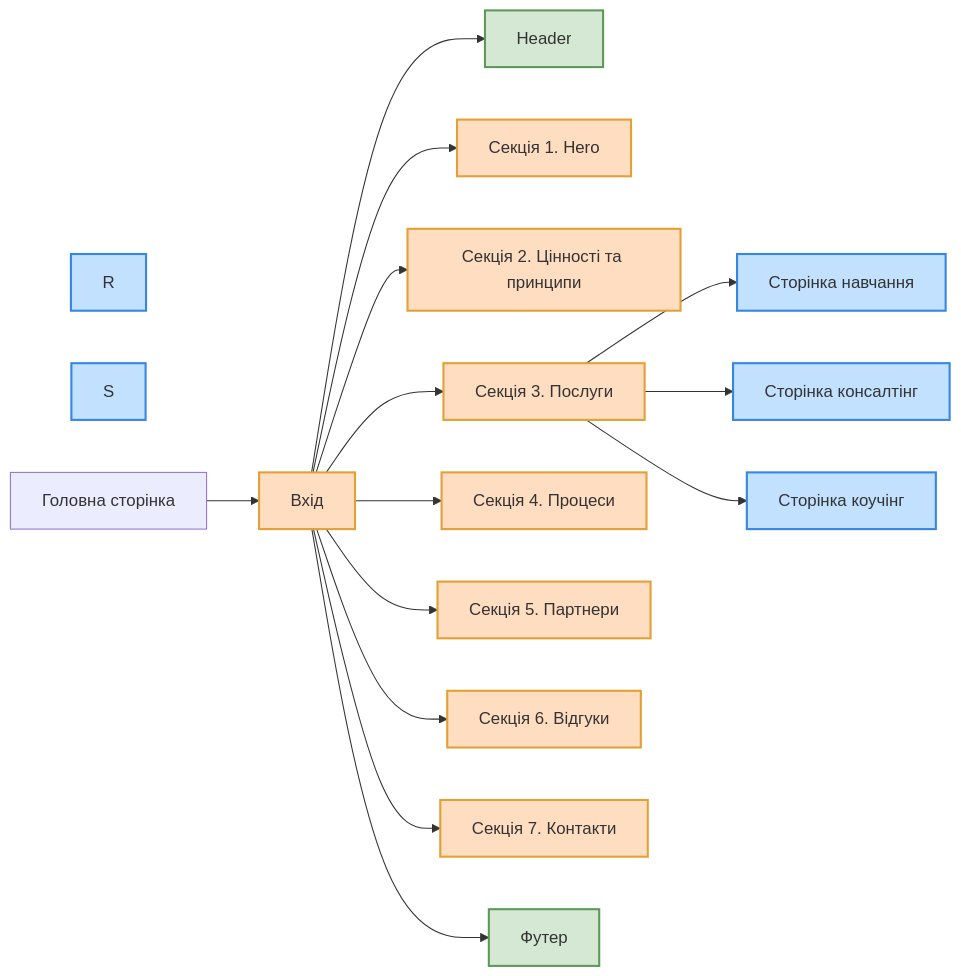
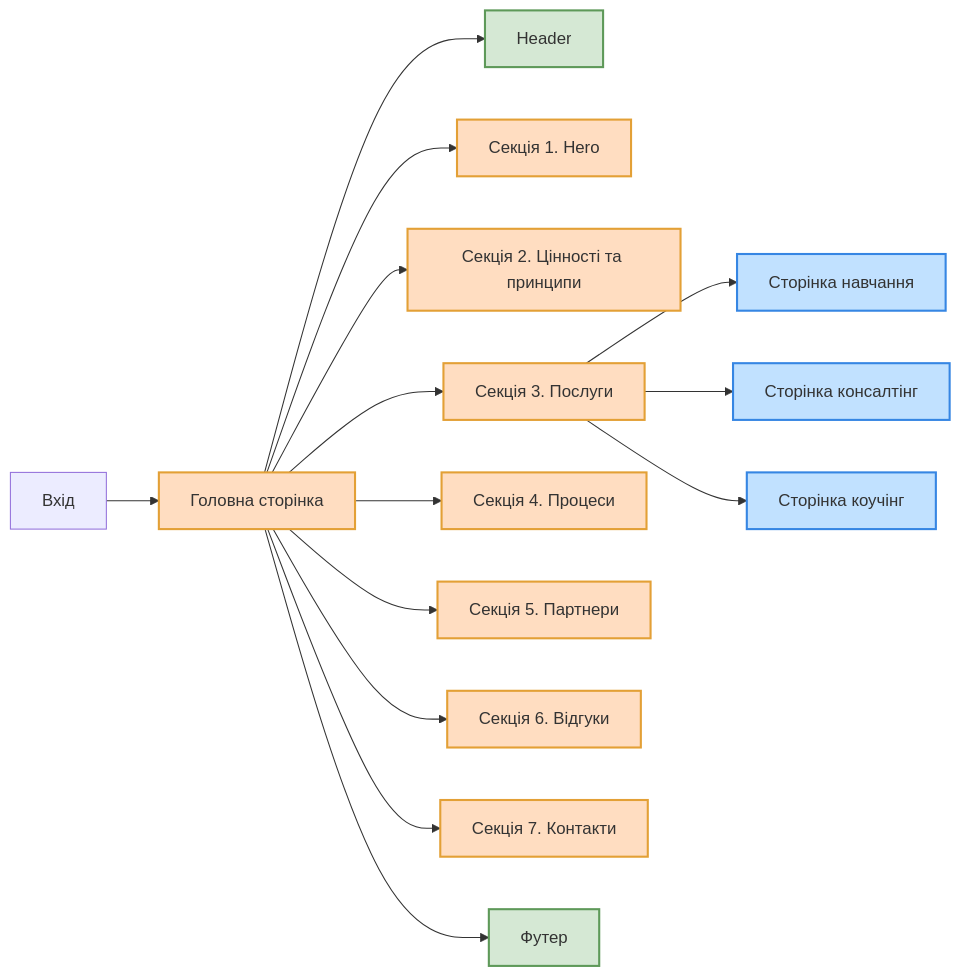
Before and after one commit to sergio-nezhigay/carptravel: the diagram in README.md, drawn with Mermaid.

Commit message:
scheme ready

````diff
--- a/README.md
+++ b/README.md
@@ -57,43 +57,42 @@
 ```mermaid
 graph LR
 
   %% Хедер
   style B fill:#D5E8D4, stroke:#5E9959, stroke-width:2px;
 
   %% Секції
   style A fill:#FFDDC1, stroke:#E3A036, stroke-width:2px;
   style C fill:#FFDDC1, stroke:#E3A036, stroke-width:2px;
   style D fill:#FFDDC1, stroke:#E3A036, stroke-width:2px;
   style E fill:#FFDDC1, stroke:#E3A036, stroke-width:2px;
   style F fill:#FFDDC1, stroke:#E3A036, stroke-width:2px;
   style G fill:#FFDDC1, stroke:#E3A036, stroke-width:2px;
   style H fill:#FFDDC1, stroke:#E3A036, stroke-width:2px;
   style I fill:#FFDDC1, stroke:#E3A036, stroke-width:2px;
 
   %% Сторінки
   style N fill:#C1E1FF, stroke:#3686E3, stroke-width:2px;
   style O fill:#C1E1FF, stroke:#3686E3, stroke-width:2px;
   style P fill:#C1E1FF, stroke:#3686E3, stroke-width:2px;
-  style R fill:#C1E1FF, stroke:#3686E3, stroke-width:2px;
-  style S fill:#C1E1FF, stroke:#3686E3, stroke-width:2px;
+
 
   %% Футер
   style J fill:#D5E8D4, stroke:#5E9959, stroke-width:2px;
 
-  Z[Головна сторінка] --> A[Вхід]
+  Z[Вхід] --> A[Головна сторінка]
   A --> B[Header]
   A --> C[Секція 1. Hero]
   A --> D[Секція 2. Цінності та принципи]
   A --> E[Секція 3. Послуги]
   A --> F[Секція 4. Процеси]
   A --> G[Секція 5. Партнери]
   A --> H[Секція 6. Відгуки]
   A --> I[Секція 7. Контакти]
   A --> J[Футер]
 
   E --> N[Сторінка навчання]
   E --> O[Сторінка консалтінг]
   E --> P[Сторінка коучінг]
 
 
 ```
````
